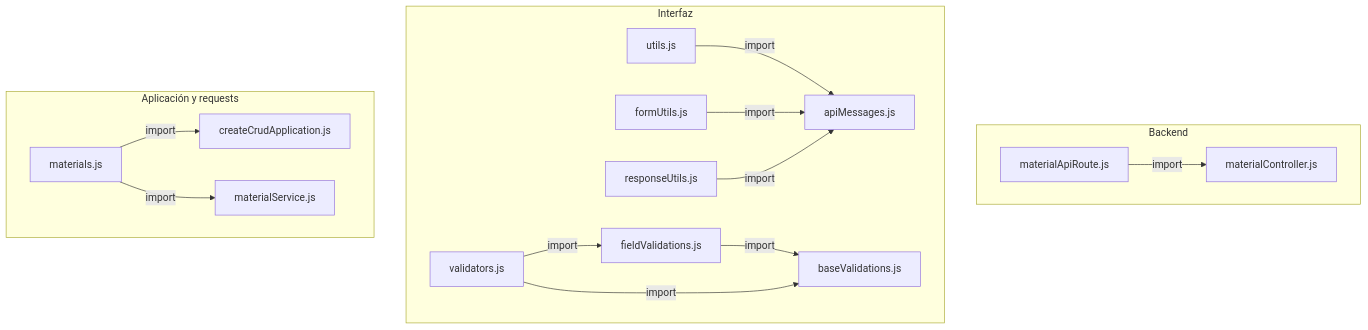
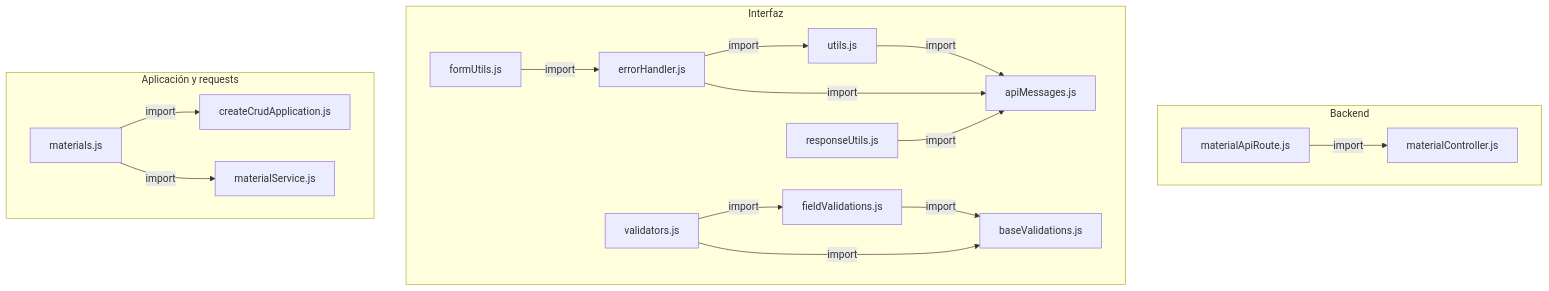
The first of 2 diagrams in docs/architecture/views/processes/frontend-code-sequences/catalogs/cu-alm-03.md (gpgsistemas01/nexus), drawn with Mermaid before and after one commit. The commit also changed other lines of this file and 105 other files, not shown here.

````diff
--- a/docs/architecture/views/processes/frontend-code-sequences/catalogs/cu-alm-03.md
+++ b/docs/architecture/views/processes/frontend-code-sequences/catalogs/cu-alm-03.md
@@ -49,30 +50,33 @@
 ```mermaid
 flowchart TB
     subgraph Component0["Backend"]
         FileMaterialController["materialController.js"]
         Transport["materialApiRoute.js"]
     end
     subgraph Component1["Interfaz"]
         FileUtils["utils.js"]
         FileApiMessages["apiMessages.js"]
         FormUtils["formUtils.js"]
+        FileErrorHandler["errorHandler.js"]
         FileResponseUtils["responseUtils.js"]
         FileBaseValidations["baseValidations.js"]
         FileFieldValidations["fieldValidations.js"]
         FileValidators["validators.js"]
     end
     subgraph Component2["Aplicación y requests"]
         Application["createCrudApplication.js"]
         FileMaterials["materials.js"]
         Request["materialService.js"]
     end
     FileUtils -->|import| FileApiMessages
     FileMaterials -->|import| Request
     FileMaterials -->|import| Application
-    FormUtils -->|import| FileApiMessages
+    FormUtils -->|import| FileErrorHandler
+    FileErrorHandler -->|import| FileApiMessages
+    FileErrorHandler -->|import| FileUtils
     FileResponseUtils -->|import| FileApiMessages
     FileFieldValidations -->|import| FileBaseValidations
     FileValidators -->|import| FileBaseValidations
     FileValidators -->|import| FileFieldValidations
     Transport -->|import| FileMaterialController
 ```
````
